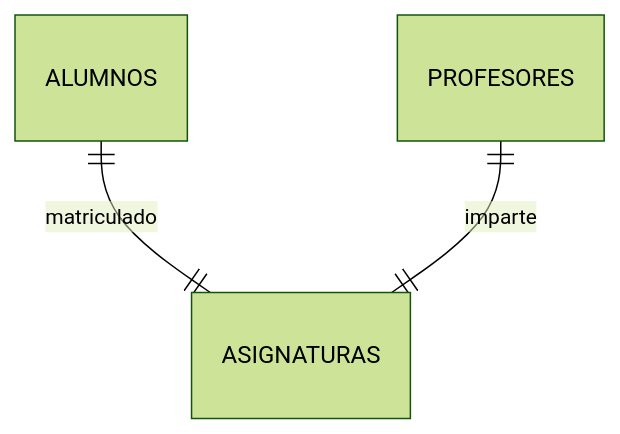
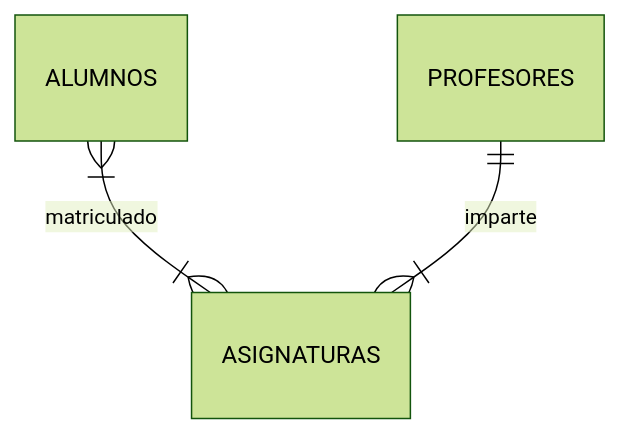
One commit to IraitzM/ingenieria-datos changed the third of 4 diagrams in content/modelado/intro.qmd. Above: the diagram before and after it, drawn with Mermaid (forest theme). The commit also changed other lines of this file and 4 other files, not shown here.

Commit message:
FIX ER diagrams

````diff
--- a/content/modelado/intro.qmd
+++ b/content/modelado/intro.qmd
@@ -58,6 +58,6 @@
 ```{mermaid}
 %%| fig-width: 6.5
 erDiagram
-    ALUMNOS ||--|| ASIGNATURAS : matriculado
-    PROFESORES ||--|| ASIGNATURAS : imparte
+    ALUMNOS }|--|{ ASIGNATURAS : matriculado
+    PROFESORES ||--|{ ASIGNATURAS : imparte
 ```
````
